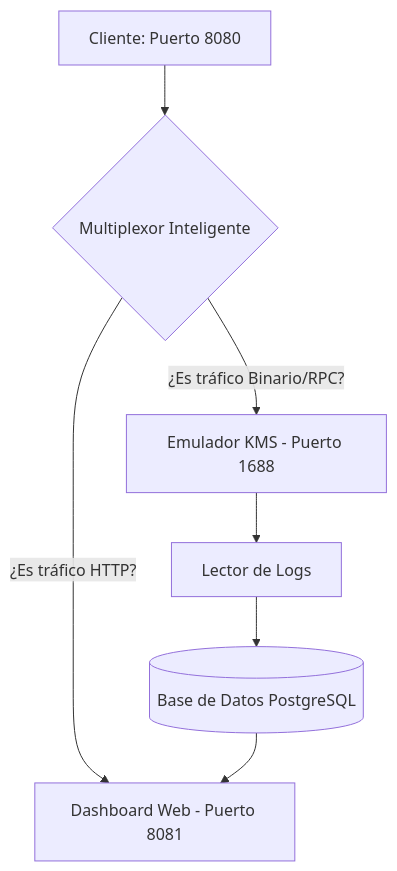
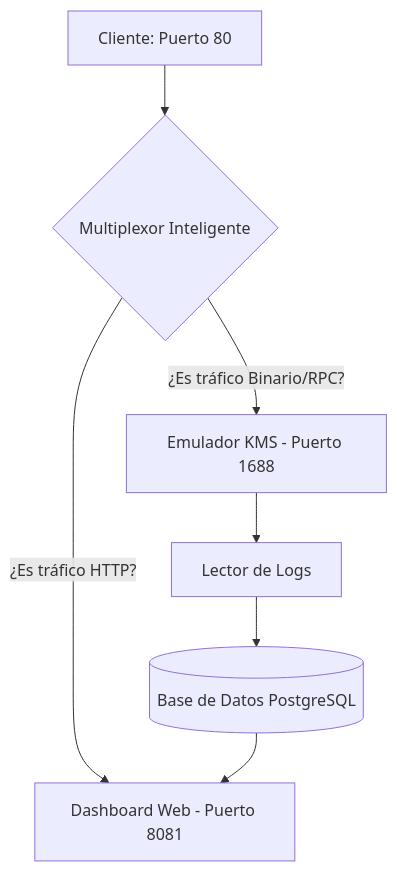
Before and after one commit to josprox/KMS-SpringBoot: the first of 2 diagrams in README.md, drawn with Mermaid. The commit also changed other lines of this file and 6 other files, not shown here.

````diff
--- a/README.md
+++ b/README.md
@@ -18,9 +18,9 @@
 ```mermaid
 graph TD
-    A[Cliente: Puerto 8080] --> B{Multiplexor Inteligente}
+    A[Cliente: Puerto 80] --> B{Multiplexor Inteligente}
     B -- ¿Es tráfico HTTP? --> C[Dashboard Web - Puerto 8081]
     B -- ¿Es tráfico Binario/RPC? --> D[Emulador KMS - Puerto 1688]
     D --> E[Lector de Logs]
     E --> F[(Base de Datos PostgreSQL)]
     F --> C
 ```
````
